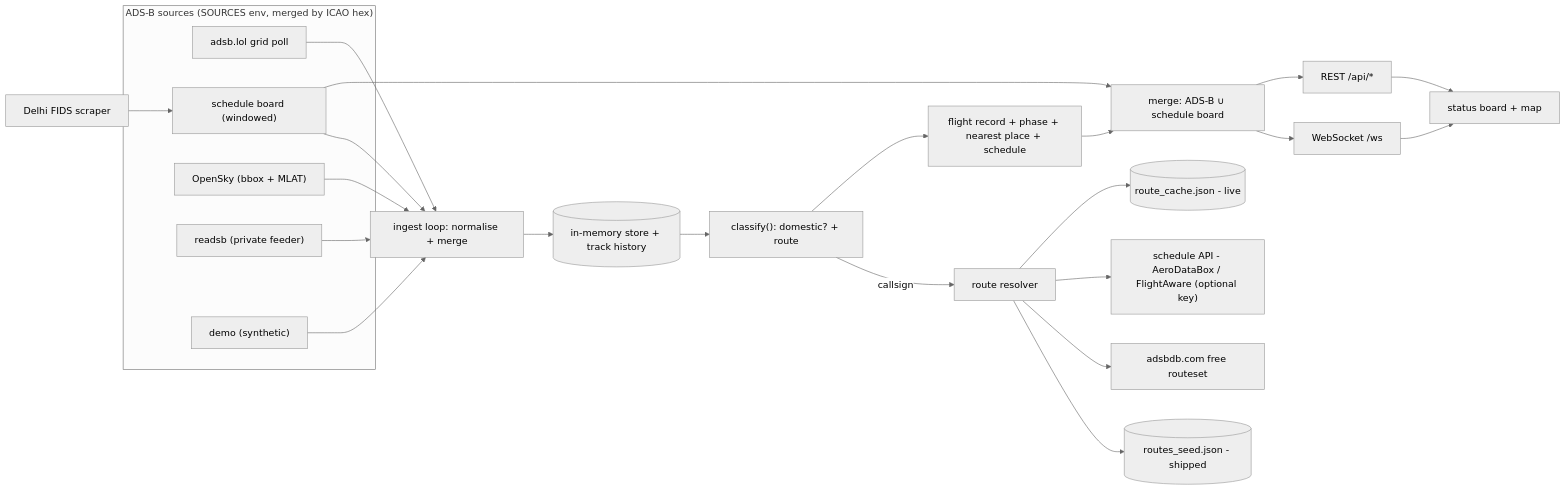
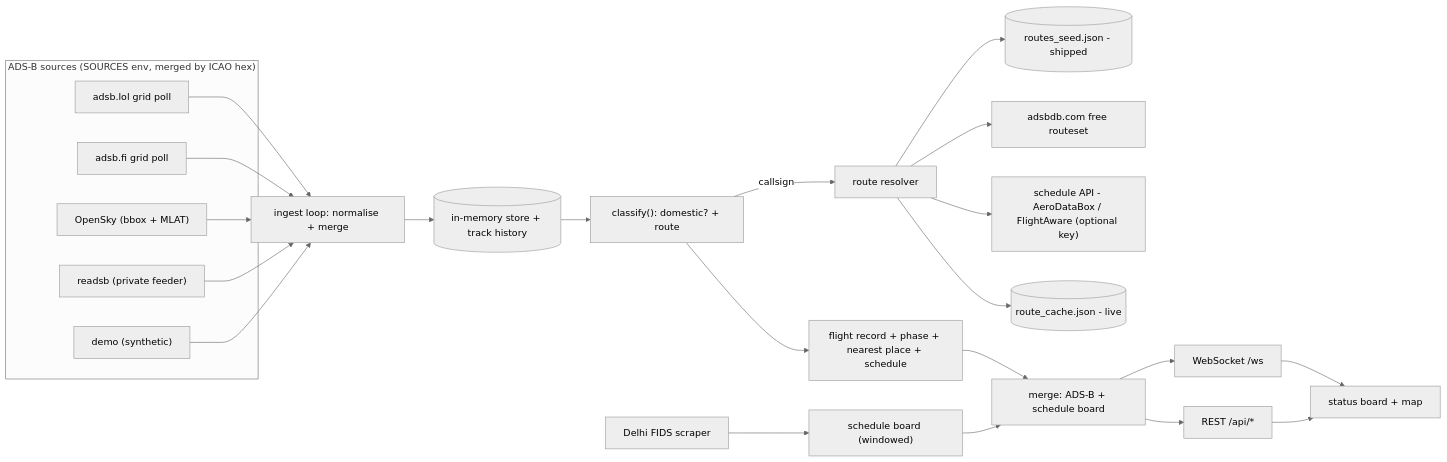
One commit to aman-singh01/india-flight-status changed the diagram in README.md. Above: the diagram before and after it, drawn with Mermaid (neutral theme).

Commit message:
README: fix mermaid node-id collision (B was reused for the schedule board)

````diff
--- a/README.md
+++ b/README.md
@@ -38,30 +38,30 @@
 ```mermaid
 flowchart LR
   subgraph Sources["ADS-B sources (SOURCES env, merged by ICAO hex)"]
     A[adsb.lol grid poll]
     B[adsb.fi grid poll]
     E["OpenSky (bbox + MLAT)"]
     C["readsb (private feeder)"]
     D["demo (synthetic)"]
   end
   A --> I
   B --> I
   E --> I
   C --> I
   D --> I
   I[ingest loop: normalise + merge] --> S[(in-memory store + track history)]
   S --> K["classify(): domestic? + route"]
   K -->|callsign| R[route resolver]
   R --> R0[(routes_seed.json - shipped)]
   R --> R1[adsbdb.com free routeset]
   R --> R2["schedule API - AeroDataBox / FlightAware (optional key)"]
   R --> RC[(route_cache.json - live)]
   K --> M[flight record + phase + nearest place + schedule]
-  F["Delhi FIDS scraper"] --> B["schedule board (windowed)"]
-  M --> MG[merge: ADS-B ∪ schedule board]
-  B --> MG
+  F["Delhi FIDS scraper"] --> SB["schedule board (windowed)"]
+  M --> MG["merge: ADS-B + schedule board"]
+  SB --> MG
   MG --> WS[WebSocket /ws]
   MG --> API[REST /api/*]
   WS --> UI[status board + map]
   API --> UI
 ```
````
